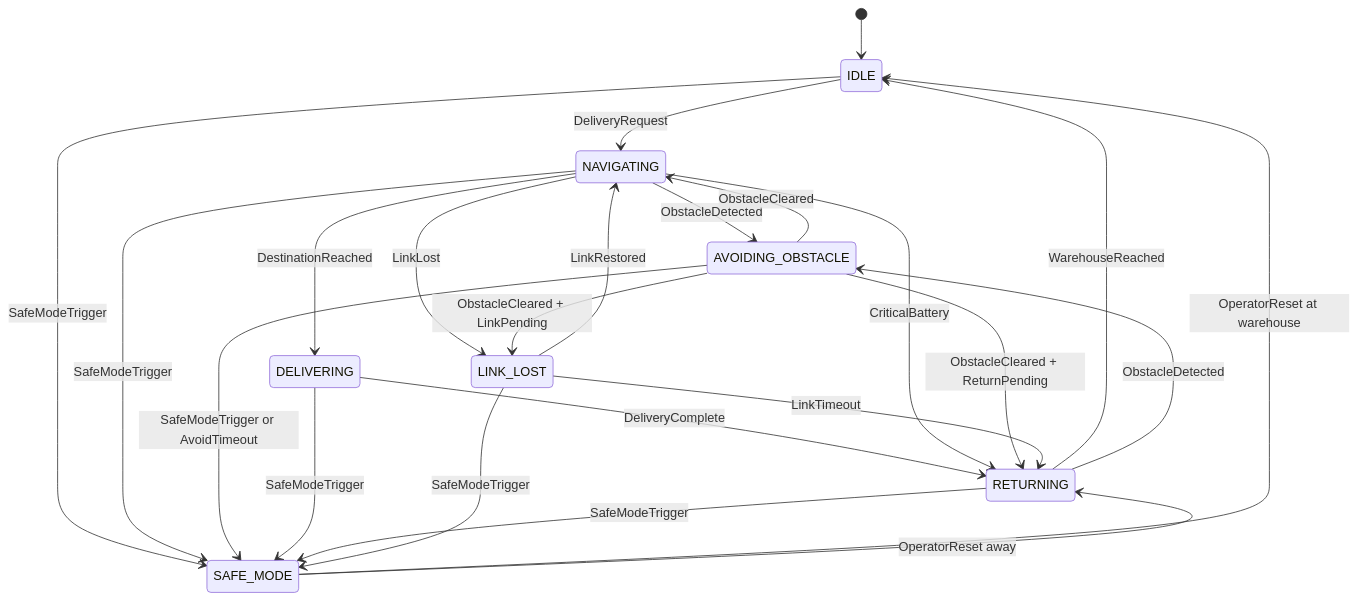
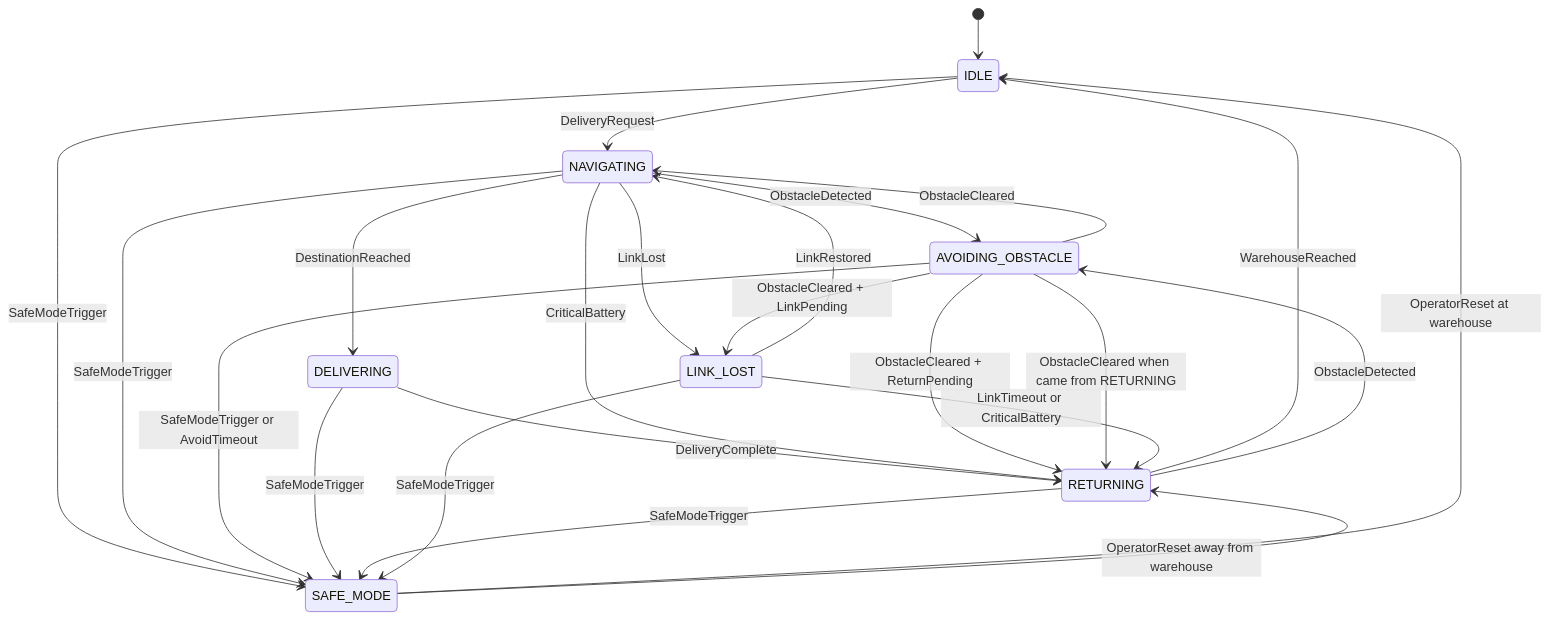
One commit to tasbeehabatool80-del/SVV-Smart-Autonomous-Cold-Chain-Delivery-Control-System changed the diagram in task3-state-modelling/task3-state-modelling.md. Above: the diagram before and after it, drawn with Mermaid. The commit also changed other lines of this file, not shown here.

````diff
--- a/task3-state-modelling/task3-state-modelling.md
+++ b/task3-state-modelling/task3-state-modelling.md
@@ -95,25 +106,26 @@
 ```mermaid
 stateDiagram-v2
     [*] --> IDLE
     IDLE --> NAVIGATING: DeliveryRequest
     NAVIGATING --> AVOIDING_OBSTACLE: ObstacleDetected
     AVOIDING_OBSTACLE --> NAVIGATING: ObstacleCleared
     NAVIGATING --> DELIVERING: DestinationReached
     DELIVERING --> RETURNING: DeliveryComplete
     RETURNING --> IDLE: WarehouseReached
     NAVIGATING --> RETURNING: CriticalBattery
     AVOIDING_OBSTACLE --> RETURNING: ObstacleCleared + ReturnPending
     RETURNING --> AVOIDING_OBSTACLE: ObstacleDetected
+    AVOIDING_OBSTACLE --> RETURNING: ObstacleCleared when came from RETURNING
     NAVIGATING --> LINK_LOST: LinkLost
     AVOIDING_OBSTACLE --> LINK_LOST: ObstacleCleared + LinkPending
     LINK_LOST --> NAVIGATING: LinkRestored
-    LINK_LOST --> RETURNING: LinkTimeout
+    LINK_LOST --> RETURNING: LinkTimeout or CriticalBattery
     IDLE --> SAFE_MODE: SafeModeTrigger
     NAVIGATING --> SAFE_MODE: SafeModeTrigger
     AVOIDING_OBSTACLE --> SAFE_MODE: SafeModeTrigger or AvoidTimeout
     DELIVERING --> SAFE_MODE: SafeModeTrigger
     RETURNING --> SAFE_MODE: SafeModeTrigger
     LINK_LOST --> SAFE_MODE: SafeModeTrigger
     SAFE_MODE --> IDLE: OperatorReset at warehouse
-    SAFE_MODE --> RETURNING: OperatorReset away
+    SAFE_MODE --> RETURNING: OperatorReset away from warehouse
 ```
````
